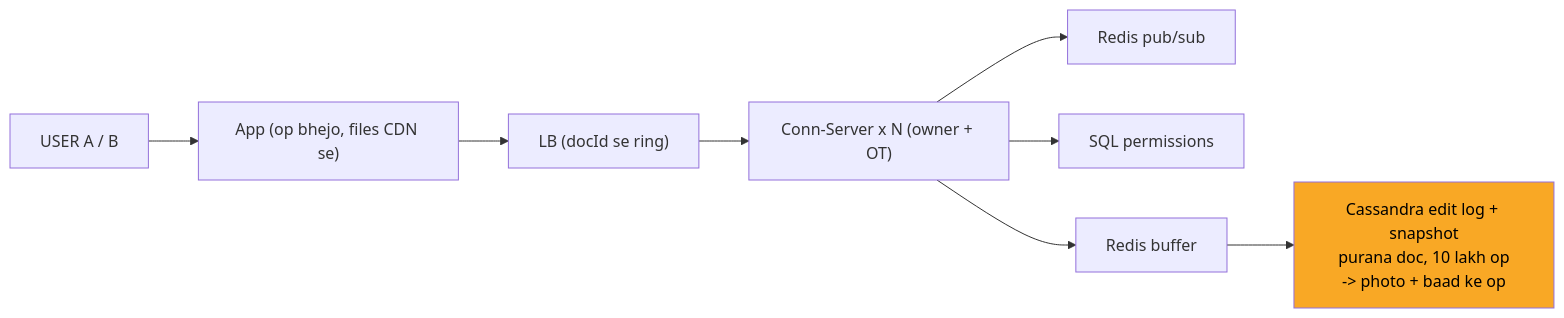
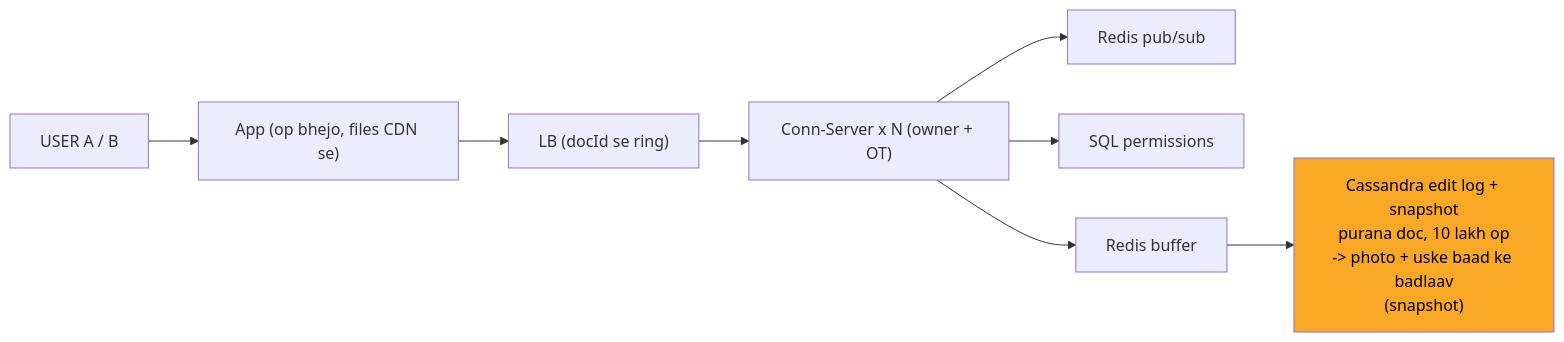
The ninth of 10 diagrams in 04_HLD/SYSTEM_DESIGNS/11_google_docs_collab/11_google_docs_collab.md (ArpanMaheshwari144/Prep), drawn with Mermaid before and after one commit. The commit also changed other lines of this file and 13 other files, not shown here.

````diff
--- a/04_HLD/SYSTEM_DESIGNS/11_google_docs_collab/11_google_docs_collab.md
+++ b/04_HLD/SYSTEM_DESIGNS/11_google_docs_collab/11_google_docs_collab.md
@@ -305,19 +305,19 @@
 ```mermaid
 flowchart LR
     n_USER["USER A / B"]
     n_App["App (op bhejo, files CDN se)"]
     n_LB["LB (docId se ring)"]
     n_Conn_Server_xN["Conn-Server x N (owner + OT)"]
     n_PS["Redis pub/sub"]
     n_SQL["SQL permissions"]
     n_BUF["Redis buffer"]
-    n_CAS["Cassandra edit log + snapshot<br/>purana doc, 10 lakh op<br/>-> photo + baad ke op"]
+    n_CAS["Cassandra edit log + snapshot<br/>purana doc, 10 lakh op<br/>-> photo + uske baad ke badlaav<br/>(snapshot)"]
     n_USER --> n_App
     n_App --> n_LB
     n_LB --> n_Conn_Server_xN
     n_Conn_Server_xN --> n_PS
     n_Conn_Server_xN --> n_BUF
     n_Conn_Server_xN --> n_SQL
     n_BUF --> n_CAS
     style n_CAS fill:#f9a825,color:#000
 ```
````
